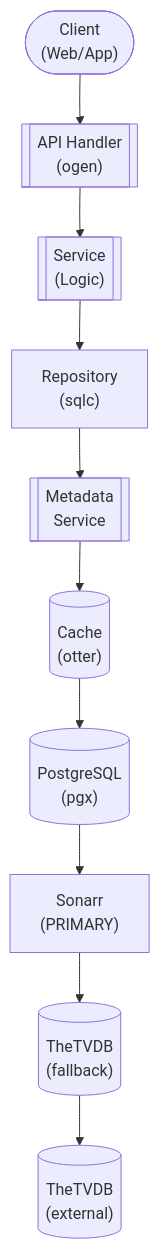
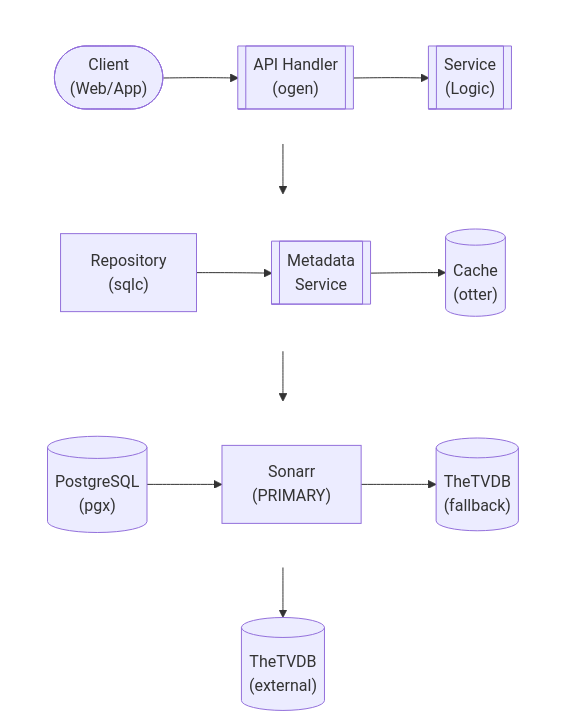
The diagram in docs/dev/design/features/video/TVSHOW_MODULE.md (lusoris/revenge), drawn with Mermaid before and after one commit. The commit also changed 210 other files, not shown here.

First line of the commit message:
feat(docs): Add horizontal layout support for Mermaid diagrams

````diff
--- a/docs/dev/design/features/video/TVSHOW_MODULE.md
+++ b/docs/dev/design/features/video/TVSHOW_MODULE.md
@@ -58,22 +58,36 @@
 ```mermaid
 flowchart TD
-    node1(["Client<br/>(Web/App)"])
-    node2[["API Handler<br/>(ogen)"]]
-    node3[["Service<br/>(Logic)"]]
-    node4["Repository<br/>(sqlc)"]
-    node5[["Metadata<br/>Service"]]
-    node6[("Cache<br/>(otter)")]
-    node7[("PostgreSQL<br/>(pgx)")]
-    node8["Sonarr<br/>(PRIMARY)"]
-    node9[("TheTVDB<br/>(fallback)")]
+    subgraph row1[ ]
+        direction LR
+        node1(["Client<br/>(Web/App)"])
+        node2[["API Handler<br/>(ogen)"]]
+        node3[["Service<br/>(Logic)"]]
+    end
+    subgraph row2[ ]
+        direction LR
+        node4["Repository<br/>(sqlc)"]
+        node5[["Metadata<br/>Service"]]
+        node6[("Cache<br/>(otter)")]
+    end
+    subgraph row3[ ]
+        direction LR
+        node7[("PostgreSQL<br/>(pgx)")]
+        node8["Sonarr<br/>(PRIMARY)"]
+        node9[("TheTVDB<br/>(fallback)")]
+    end
     node10[("TheTVDB<br/>(external)")]
     node1 --> node2
     node2 --> node3
     node4 --> node5
     node5 --> node6
     node7 --> node8
     node8 --> node9
     node3 --> node4
     node6 --> node7
     node9 --> node10
+
+    %% Hide row subgraph borders
+    style row1 fill:transparent,stroke:transparent
+    style row2 fill:transparent,stroke:transparent
+    style row3 fill:transparent,stroke:transparent
 ```
````
